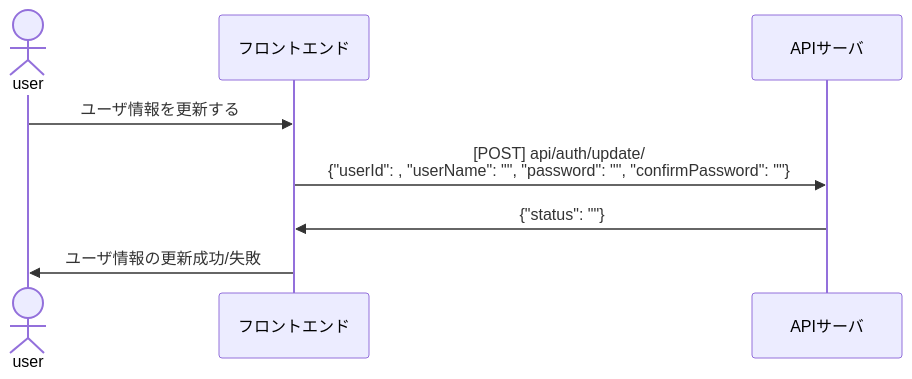
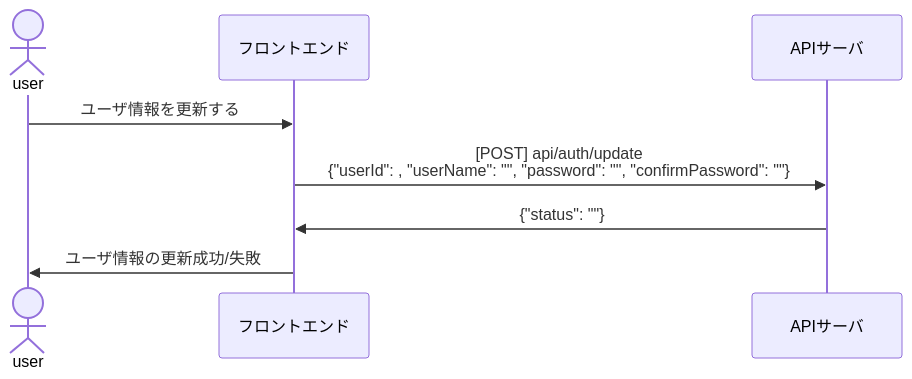
The fourth of 6 diagrams in design/README.md (betashort/rok_webapp), drawn with Mermaid before and after one commit. The commit also changed other lines of this file, not shown here.

````diff
--- a/design/README.md
+++ b/design/README.md
@@ -89,13 +98,13 @@
 ```mermaid
 
 sequenceDiagram
     actor user
     participant front as フロントエンド
     participant server as APIサーバ
     
     user ->> front: ユーザ情報を更新する 
-    front ->> server: [POST] api/auth/update/ <br> {"userId": , "userName": "", "password": "", "confirmPassword": ""}
+    front ->> server: [POST] api/auth/update <br> {"userId": , "userName": "", "password": "", "confirmPassword": ""}
     server ->> front: {"status": ""}
     front ->> user: ユーザ情報の更新成功/失敗
     
 ```
````
